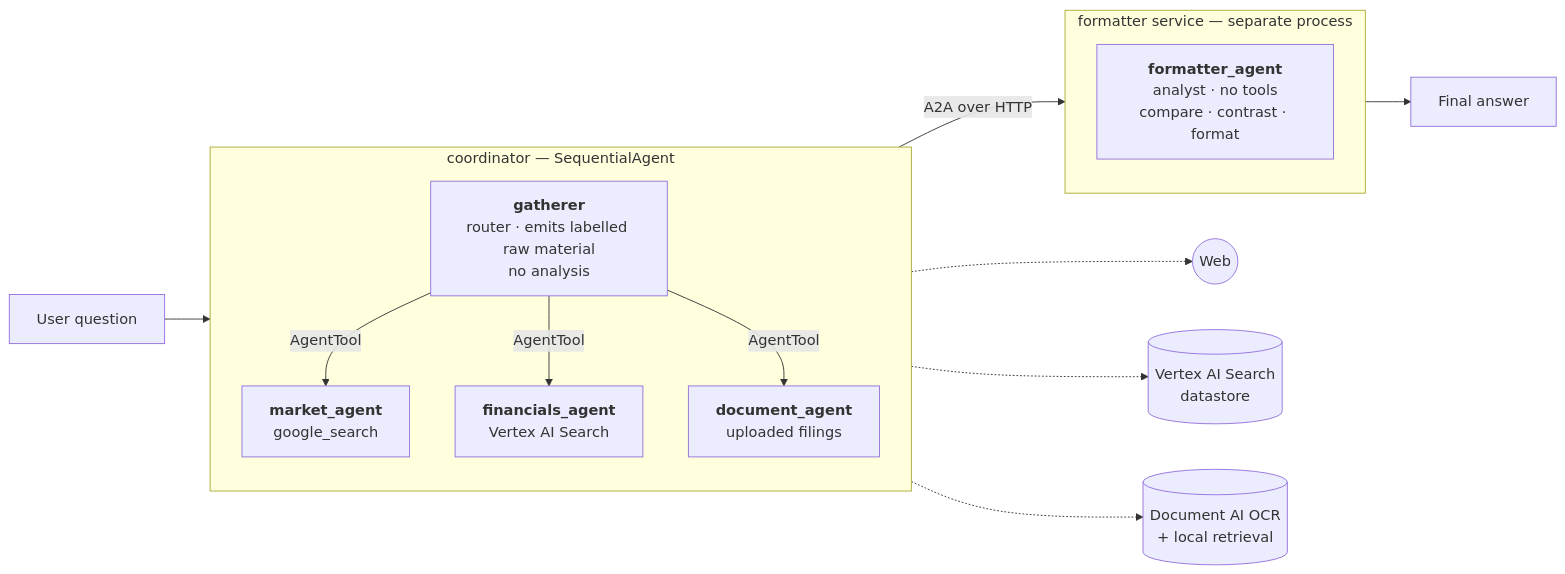
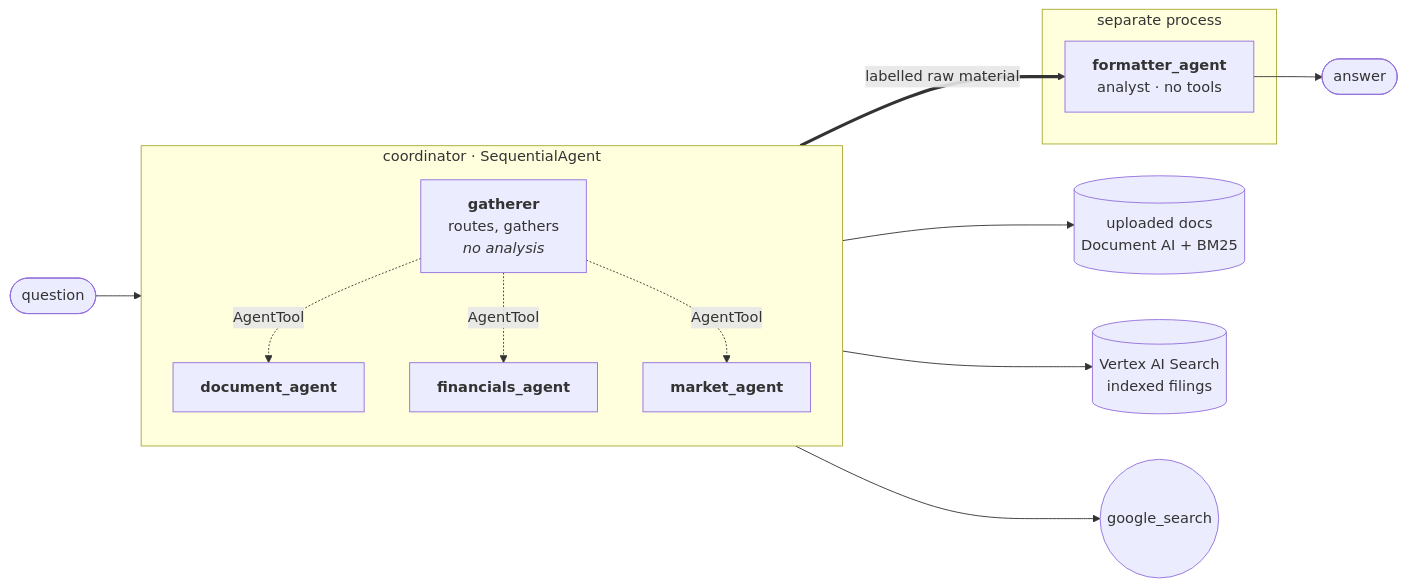
The diagram in README.md (yash735/financial-research-system), drawn with Mermaid before and after one commit. The commit also changed other lines of this file and 7 other files, not shown here.

````diff
--- a/README.md
+++ b/README.md
@@ -13,24 +51,24 @@
 ```mermaid
 graph LR
-    U[User question] --> C
+    U([question]) --> G
 
-    subgraph C["coordinator — SequentialAgent"]
+    subgraph C["coordinator · SequentialAgent"]
         direction TB
-        G["<b>gatherer</b><br/>router · emits labelled raw material<br/>no analysis"]
-        G -->|AgentTool| M["<b>market_agent</b><br/>google_search"]
-        G -->|AgentTool| F["<b>financials_agent</b><br/>Vertex AI Search"]
-        G -->|AgentTool| D["<b>document_agent</b><br/>uploaded filings"]
+        G["<b>gatherer</b><br/>routes, gathers<br/><i>no analysis</i>"]
+        G -.AgentTool.-> D["<b>document_agent</b>"]
+        G -.AgentTool.-> F["<b>financials_agent</b>"]
+        G -.AgentTool.-> M["<b>market_agent</b>"]
     end
 
-    C -->|"A2A over HTTP"| FMT
+    D --> DS[(uploaded docs<br/>Document AI + BM25)]
+    F --> VS[(Vertex AI Search<br/>indexed filings)]
+    M --> W((google_search))
 
-    subgraph FMT["formatter service — separate process"]
-        A["<b>formatter_agent</b><br/>analyst · no tools<br/>compare · contrast · format"]
+    G ==>|"labelled raw material"| A
+
+    subgraph P["separate process"]
+        A["<b>formatter_agent</b><br/>analyst · no tools"]
     end
 
-    FMT --> ANS[Final answer]
-
-    M -.-> W((Web))
-    F -.-> DS[(Vertex AI Search<br/>datastore)]
-    D -.-> OCR[(Document AI OCR<br/>+ local retrieval)]
+    A --> ANS([answer])
 ```
````
